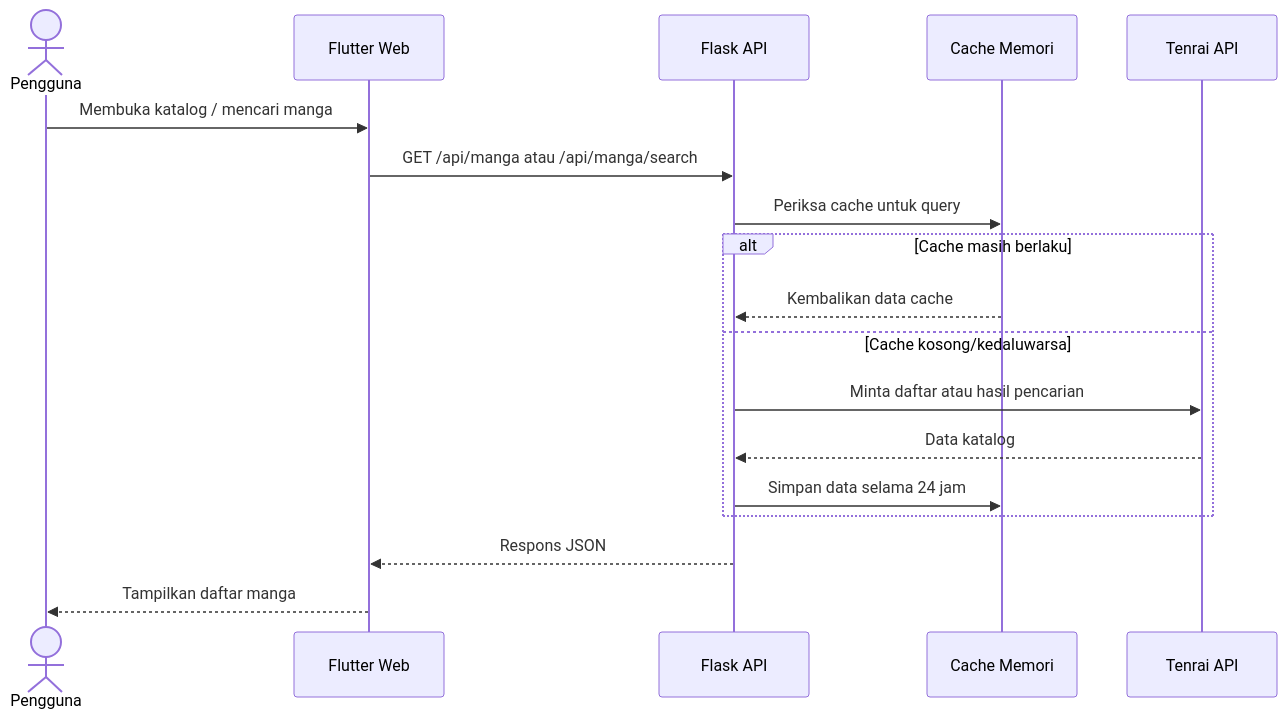
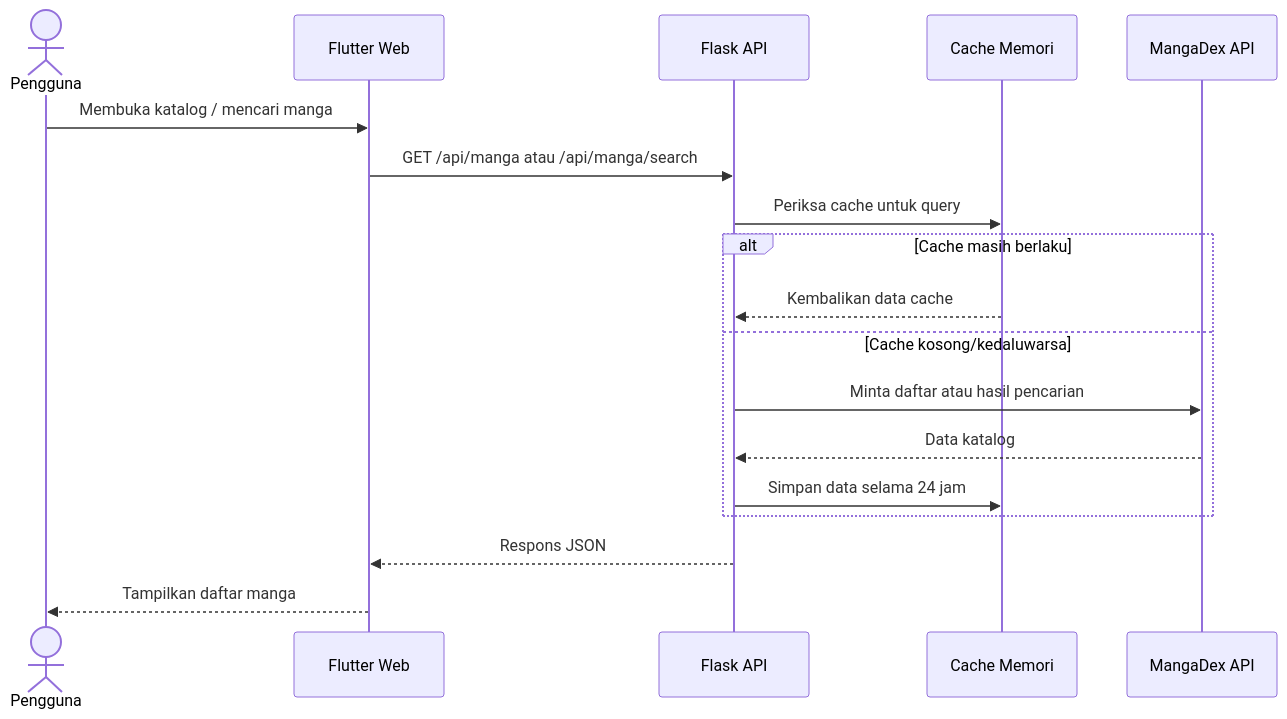
Before and after one commit to carlos1739/mangatsu: the second of 8 diagrams in README.md, drawn with Mermaid. The commit also changed other lines of this file and 22 other files, not shown here.

Commit message:
melakukan imigrasi API dari tenrai ke mangadex_api

````diff
--- a/README.md
+++ b/README.md
@@ -272,21 +275,21 @@
 ```mermaid
 sequenceDiagram
     actor User as Pengguna
     participant UI as Flutter Web
     participant API as Flask API
     participant Cache as Cache Memori
-    participant Tenrai as Tenrai API
+    participant MangaDex as MangaDex API
 
     User->>UI: Membuka katalog / mencari manga
     UI->>API: GET /api/manga atau /api/manga/search
     API->>Cache: Periksa cache untuk query
     alt Cache masih berlaku
         Cache-->>API: Kembalikan data cache
     else Cache kosong/kedaluwarsa
-        API->>Tenrai: Minta daftar atau hasil pencarian
-        Tenrai-->>API: Data katalog
+        API->>MangaDex: Minta daftar atau hasil pencarian
+        MangaDex-->>API: Data katalog
         API->>Cache: Simpan data selama 24 jam
     end
     API-->>UI: Respons JSON
     UI-->>User: Tampilkan daftar manga
 ```
````
